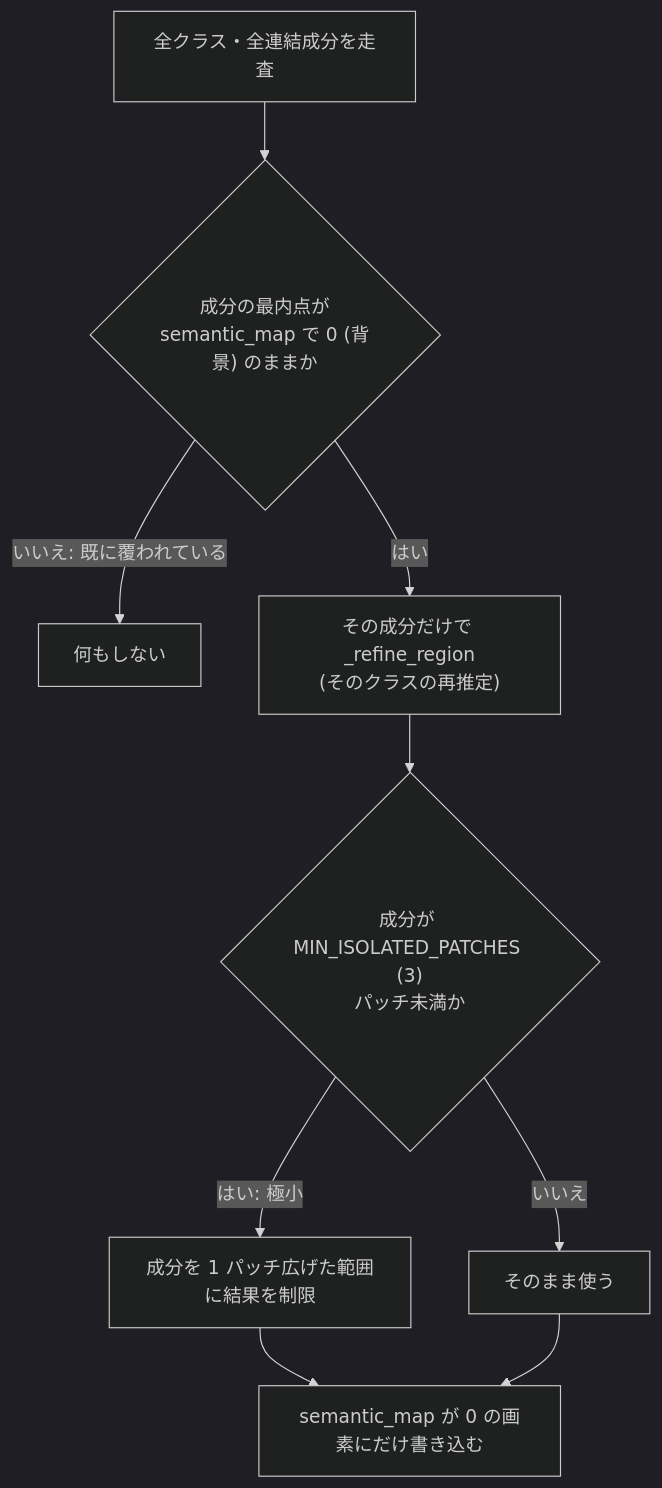
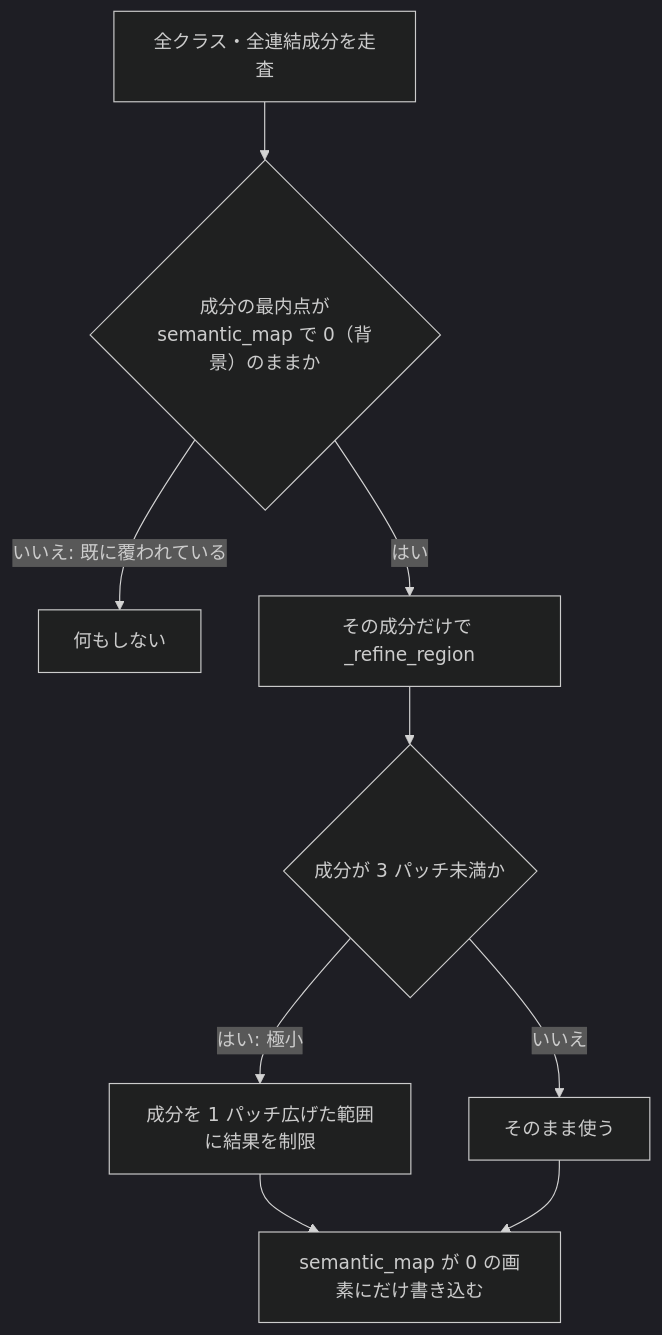
Before and after one commit to fklg-64/pe_anything_detect: diagram 11 of 15 in docs/semantic_refiner.md, drawn with Mermaid (dark theme). The commit also changed other lines of this file and 2 other files, not shown here.

````diff
--- a/docs/semantic_refiner.md
+++ b/docs/semantic_refiner.md
@@ -369,11 +353,11 @@
 ```mermaid
 flowchart TD
-    A["全クラス・全連結成分を走査"] --> B{"成分の最内点が<br/>semantic_map で 0 (背景) のままか"}
+    A["全クラス・全連結成分を走査"] --> B{"成分の最内点が<br/>semantic_map で 0（背景）のままか"}
     B -->|いいえ: 既に覆われている| SKIP["何もしない"]
-    B -->|はい| C["その成分だけで _refine_region<br/>(そのクラスの再推定)"]
-    C --> D{"成分が MIN_ISOLATED_PATCHES (3)<br/>パッチ未満か"}
+    B -->|はい| C["その成分だけで _refine_region"]
+    C --> D{"成分が 3 パッチ未満か"}
     D -->|はい: 極小| E["成分を 1 パッチ広げた範囲に結果を制限"]
     D -->|いいえ| F["そのまま使う"]
     E --> G["semantic_map が 0 の画素にだけ書き込む"]
     F --> G
 ```
````
